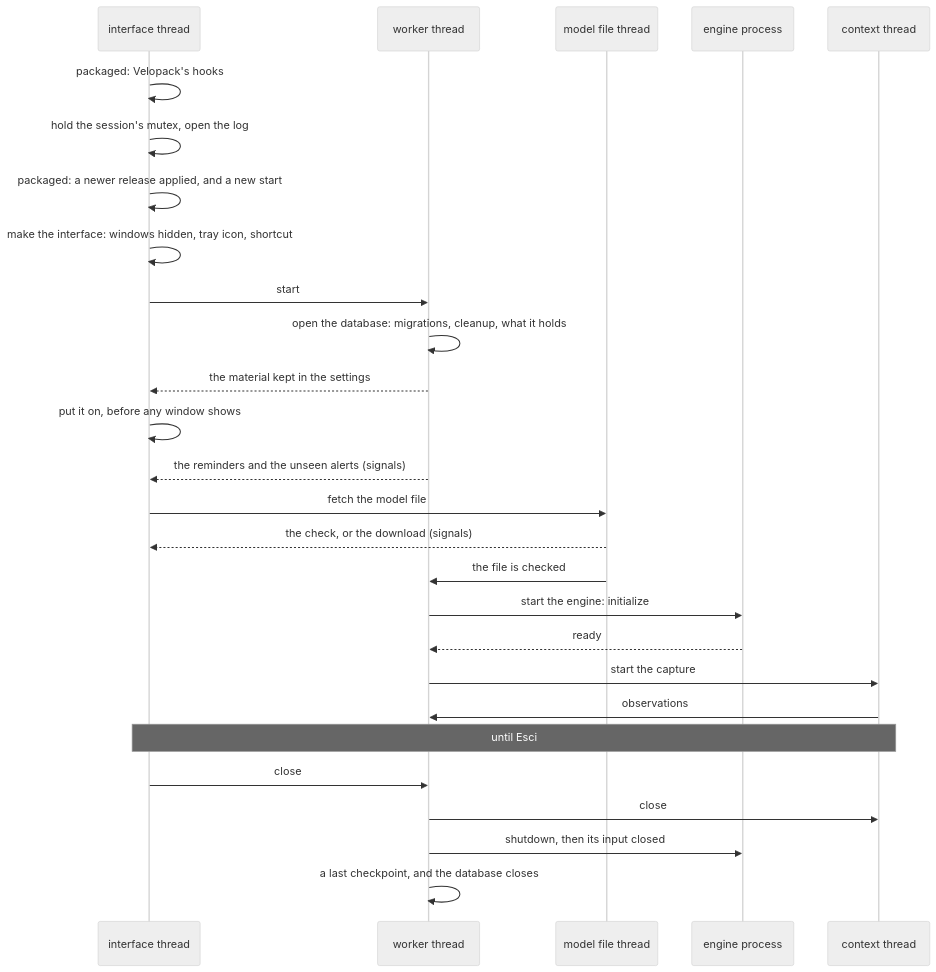
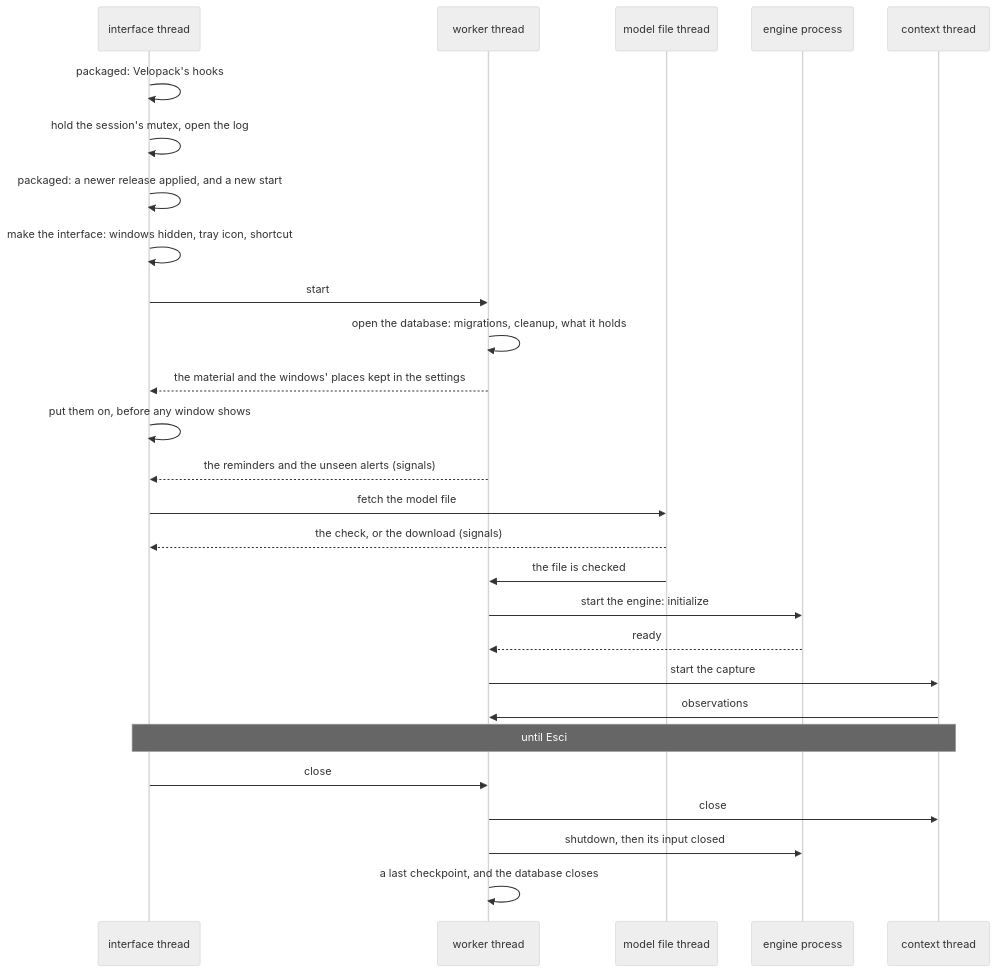
The second of 2 diagrams in docs/design/architecture.md (devfrx/jiffin), drawn with Mermaid (neutral theme) before and after one commit. The commit also changed 30 other files, not shown here.

````diff
--- a/docs/design/architecture.md
+++ b/docs/design/architecture.md
@@ -85,30 +85,30 @@
 ```mermaid
 sequenceDiagram
     participant I as interface thread
     participant W as worker thread
     participant M as model file thread
     participant E as engine process
     participant C as context thread
 
     I->>I: packaged: Velopack's hooks
     I->>I: hold the session's mutex, open the log
     I->>I: packaged: a newer release applied, and a new start
     I->>I: make the interface: windows hidden, tray icon, shortcut
     I->>W: start
     W->>W: open the database: migrations, cleanup, what it holds
-    W-->>I: the material kept in the settings
-    I->>I: put it on, before any window shows
+    W-->>I: the material and the windows' places kept in the settings
+    I->>I: put them on, before any window shows
     W-->>I: the reminders and the unseen alerts (signals)
     I->>M: fetch the model file
     M-->>I: the check, or the download (signals)
     M->>W: the file is checked
     W->>E: start the engine: initialize
     E-->>W: ready
     W->>C: start the capture
     C->>W: observations
     Note over I,C: until Esci
     I->>W: close
     W->>C: close
     W->>E: shutdown, then its input closed
     W->>W: a last checkpoint, and the database closes
 ```
````
